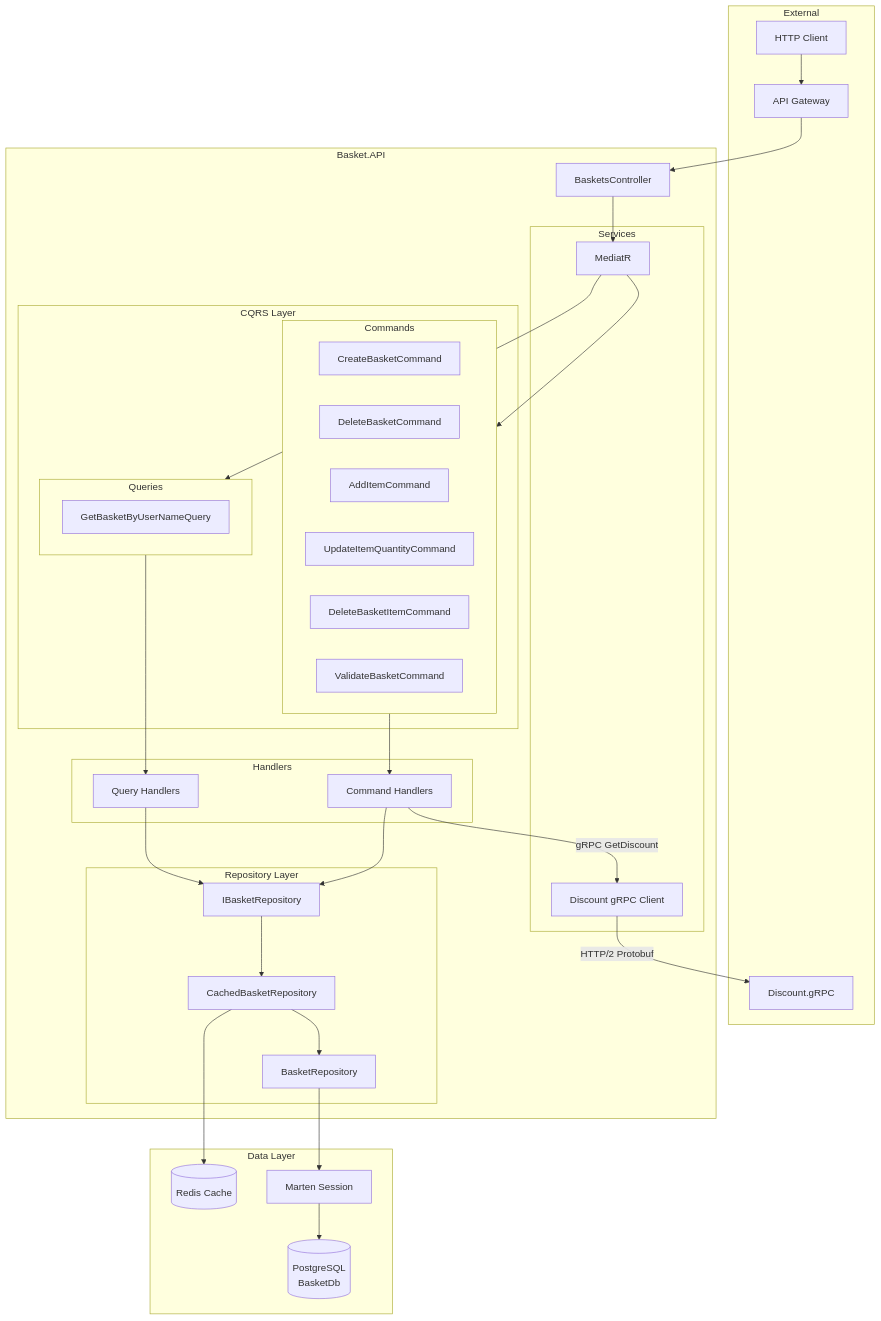
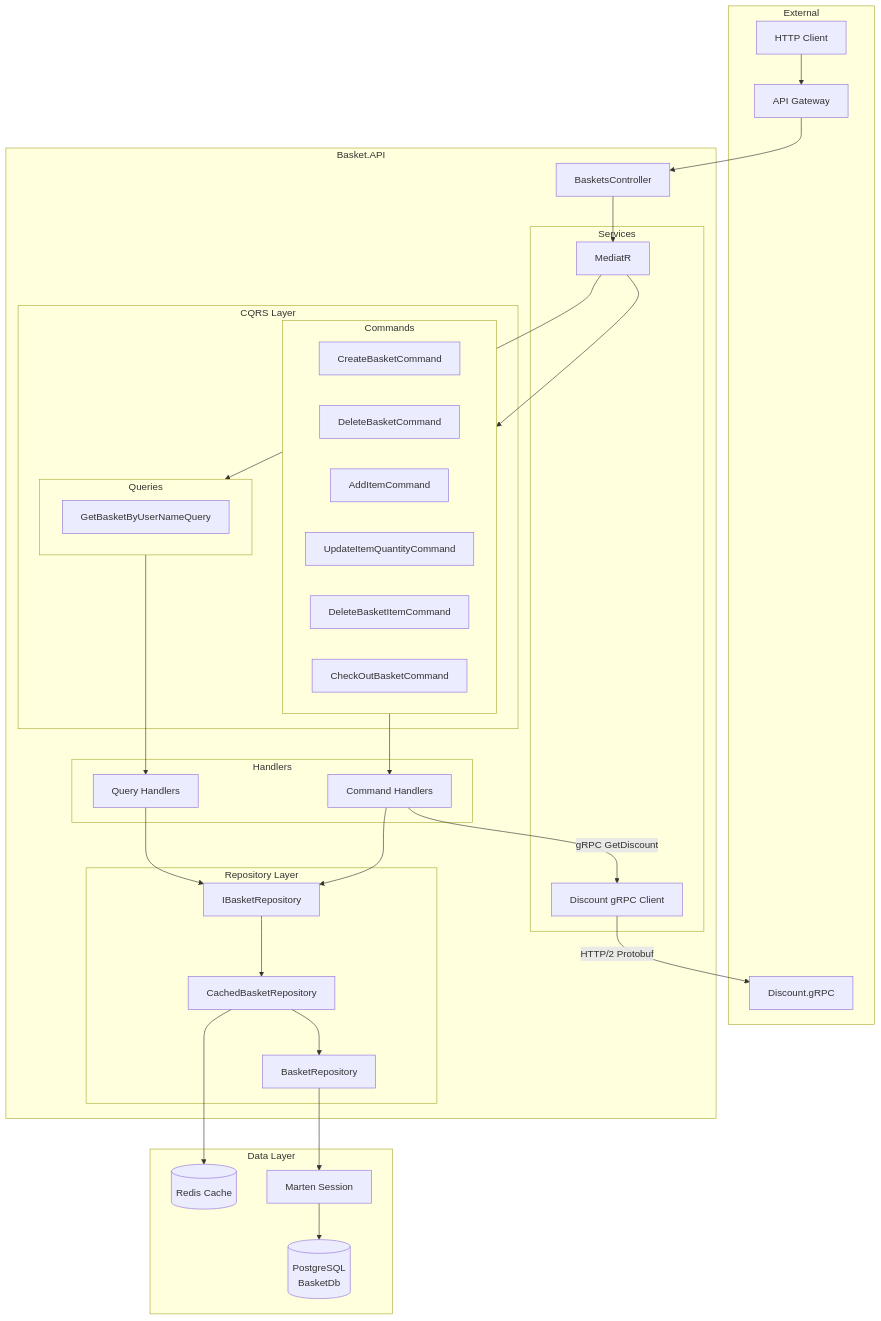
Before and after one commit to SafiaBeaumale/eshop-ynov: the first of 4 diagrams in docs/services/basket/components.md, drawn with Mermaid. The commit also changed other lines of this file and 8 other files, not shown here.

````diff
--- a/docs/services/basket/components.md
+++ b/docs/services/basket/components.md
@@ -9,66 +9,66 @@
 ```mermaid
 flowchart TB
     subgraph external["External"]
         Client["HTTP Client"]
         Gateway["API Gateway"]
         DiscountSvc["Discount.gRPC"]
     end
 
     subgraph basket_api["Basket.API"]
         Controller["BasketsController"]
 
         subgraph cqrs["CQRS Layer"]
             subgraph commands["Commands"]
                 CreateCmd["CreateBasketCommand"]
                 DeleteCmd["DeleteBasketCommand"]
                 AddItemCmd["AddItemCommand"]
                 UpdateQtyCmd["UpdateItemQuantityCommand"]
                 DeleteItemCmd["DeleteBasketItemCommand"]
-                ValidateCmd["ValidateBasketCommand"]
+                CheckOutCmd["CheckOutBasketCommand"]
             end
 
             subgraph queries["Queries"]
                 GetQry["GetBasketByUserNameQuery"]
             end
         end
 
         subgraph handlers["Handlers"]
             CmdHandlers["Command Handlers"]
             QryHandlers["Query Handlers"]
         end
 
         subgraph repository["Repository Layer"]
             IRepo["IBasketRepository"]
             CachedRepo["CachedBasketRepository"]
             BaseRepo["BasketRepository"]
         end
 
         subgraph services["Services"]
             Mediator["MediatR"]
             gRPCClient["Discount gRPC Client"]
         end
     end
 
     subgraph data["Data Layer"]
         Redis[("Redis Cache")]
         Marten["Marten Session"]
         PostgreSQL[("PostgreSQL<br/>BasketDb")]
     end
 
     Client --> Gateway
     Gateway --> Controller
     Controller --> Mediator
     Mediator --> commands
     Mediator --> queries
     commands --> CmdHandlers
     queries --> QryHandlers
     CmdHandlers --> IRepo
     QryHandlers --> IRepo
     IRepo --> CachedRepo
     CachedRepo --> Redis
     CachedRepo --> BaseRepo
     BaseRepo --> Marten
     Marten --> PostgreSQL
     CmdHandlers -->|gRPC GetDiscount| gRPCClient
     gRPCClient -->|HTTP/2 Protobuf| DiscountSvc
 ```
````
